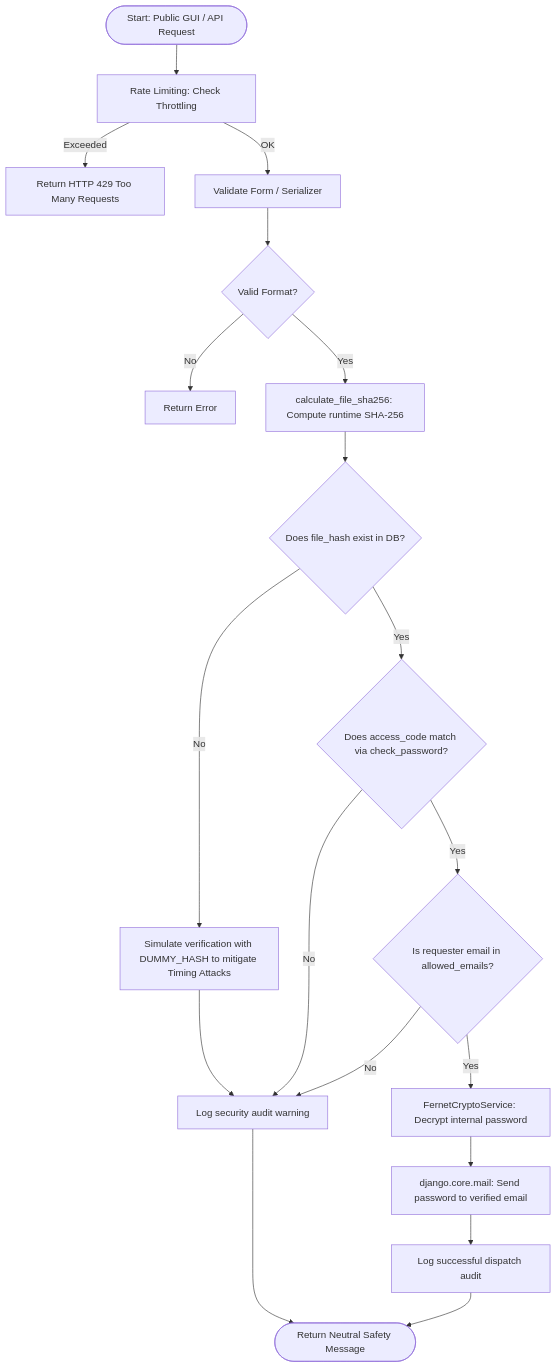
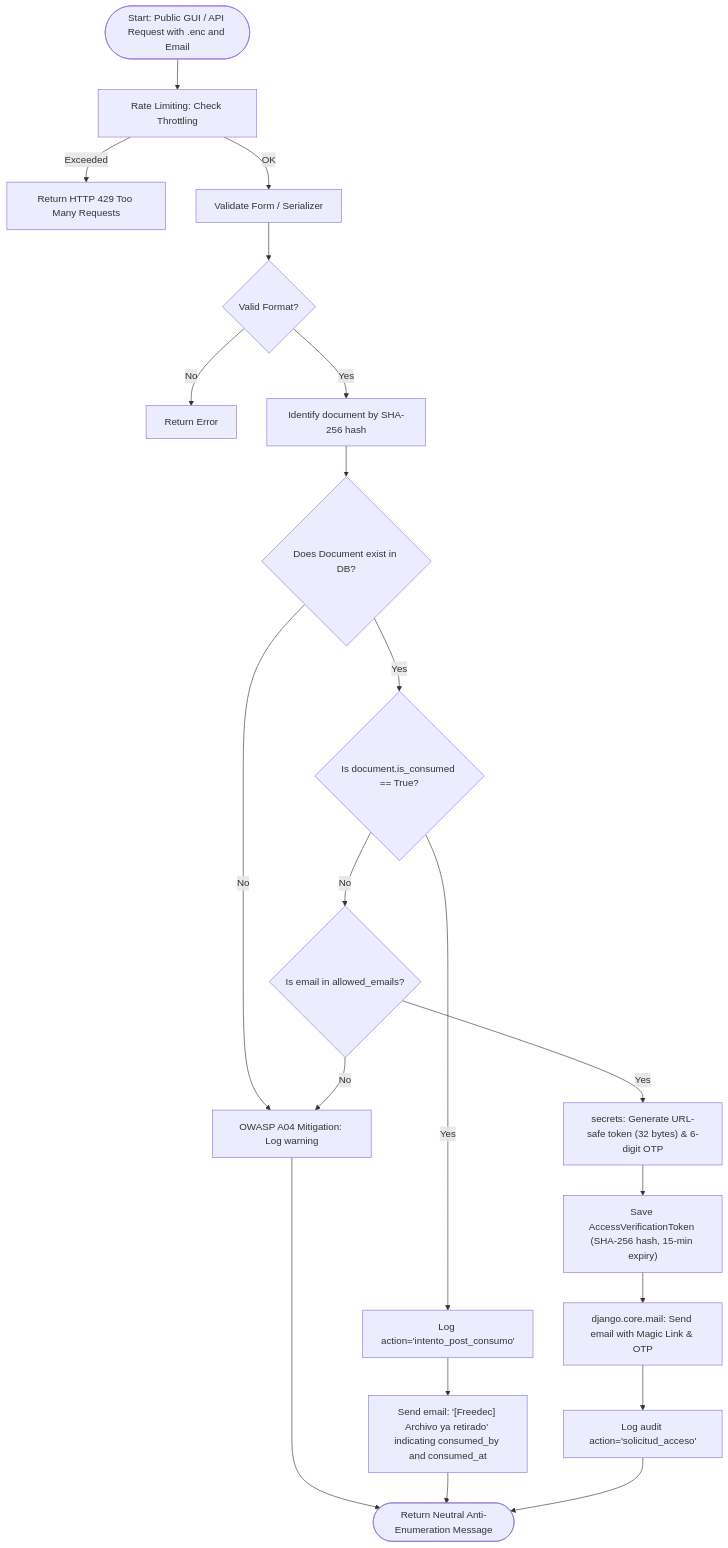
The fifth of 6 diagrams in docs/ARCHITECTURE.md (jrubioh1/Freedec), drawn with Mermaid before and after one commit. The commit also changed other lines of this file and 20 other files, not shown here.

First line of the commit message:
feat: arquitectura DEK multi-usuario, magic link/OTP (15 min), burn-after-read y audit bypass

````diff
--- a/docs/ARCHITECTURE.md
+++ b/docs/ARCHITECTURE.md
@@ -240,23 +281,26 @@
 ```mermaid
 flowchart TD
-    A(["Start: Public GUI / API Request"]) --> B["Rate Limiting: Check Throttling"]
+    A(["Start: Public GUI / API Request with .enc and Email"]) --> B["Rate Limiting: Check Throttling"]
     B -- "Exceeded" --> C["Return HTTP 429 Too Many Requests"]
     B -- "OK" --> D["Validate Form / Serializer"]
     D --> E{"Valid Format?"}
     E -- "No" --> F["Return Error"]
-    E -- "Yes" --> G["calculate_file_sha256: Compute runtime SHA-256"]
-    G --> H{"Does file_hash exist in DB?"}
+    E -- "Yes" --> G["Identify document by SHA-256 hash"]
+    G --> H{"Does Document exist in DB?"}
     
-    H -- "No" --> I["Simulate verification with DUMMY_HASH to mitigate Timing Attacks"]
-    I --> J["Log security audit warning"]
-    J --> K(["Return Neutral Safety Message"])
+    H -- "No" --> I["OWASP A04 Mitigation: Log warning"]
+    I --> J(["Return Neutral Anti-Enumeration Message"])
     
-    H -- "Yes" --> L{"Does access_code match via check_password?"}
-    L -- "No" --> J
-    L -- "Yes" --> M{"Is requester email in allowed_emails?"}
-    M -- "No" --> J
-    M -- "Yes" --> N["FernetCryptoService: Decrypt internal password"]
-    N --> O["django.core.mail: Send password to verified email"]
-    O --> P["Log successful dispatch audit"]
-    P --> K
+    H -- "Yes" --> K{"Is document.is_consumed == True?"}
+    K -- "Yes" --> L["Log action='intento_post_consumo'"]
+    L --> M["Send email: '[Freedec] Archivo ya retirado' indicating consumed_by and consumed_at"]
+    M --> J
+    
+    K -- "No" --> N{"Is email in allowed_emails?"}
+    N -- "No" --> I
+    N -- "Yes" --> O["secrets: Generate URL-safe token (32 bytes) & 6-digit OTP"]
+    O --> P["Save AccessVerificationToken (SHA-256 hash, 15-min expiry)"]
+    P --> Q["django.core.mail: Send email with Magic Link & OTP"]
+    Q --> R["Log audit action='solicitud_acceso'"]
+    R --> J
 ```
````
